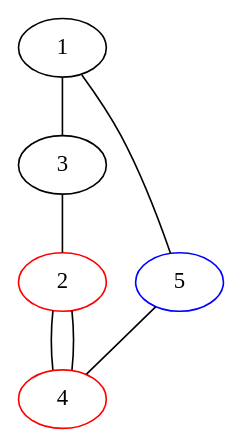
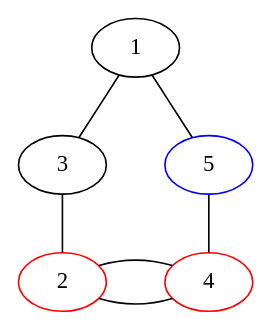
One commit to bilboquet/gamelib changed the diagram in sprouts/1132.dot. Above: the diagram before and after it, drawn with Graphviz. The commit also changed 12 other files, not shown here.

```diff
--- a/sprouts/1132.dot
+++ b/sprouts/1132.dot
@@ -1,10 +1,28 @@
 graph {
-  1 -- 3 [weight=2];
-  3 -- 2[weight=2];
-  2 -- 4 -- 2;
-  1 -- 5 -- 4;
+  1 -- 3;
+  1 -- 5;
+  3 -- 2 [weight=5];
+  5 -- 4 [weight=5];
+  2 -- 4 [minlen=2];
+  2 -- 4;
+
+  {
+    rank="same";
+    3;
+    5;
+
+  }
+
+
+  {
+    rank="max";
+    2;
+    4;
+
+  }
+
   2 [color="red"];
   4 [color="red"];
   5 [color="blue"];
 
 }
```
